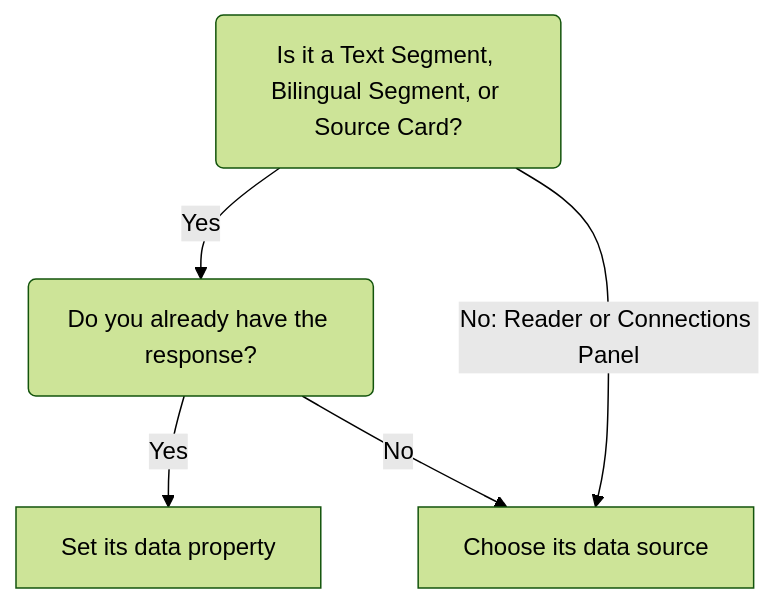
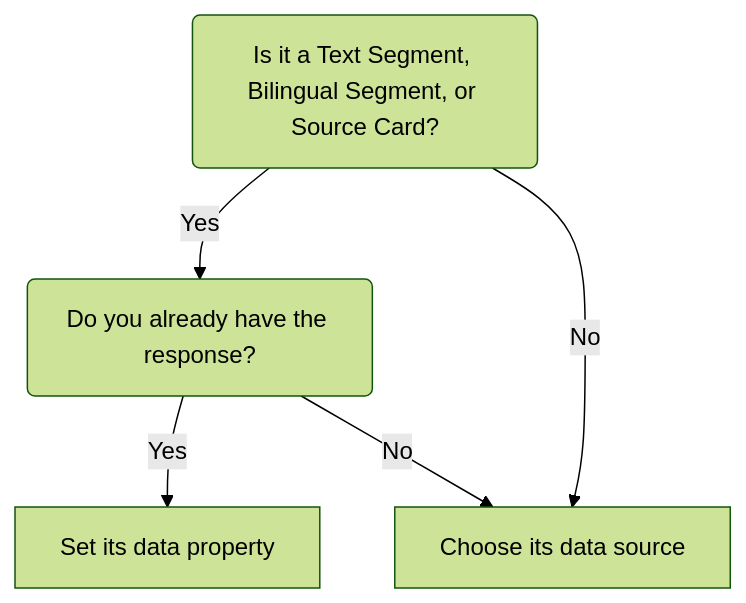
The diagram in docs/data-and-text-tools/give-components-your-own-data.md (Arithmomaniac/sefaria-frontend-toolkit), drawn with Mermaid (forest theme) before and after one commit. The commit also changed 1 other file, not shown here.

Commit message:
docs: B13 chart short edge label
Copilot-Session: dd9849ae-3d3f-4ddd-b5b9-a44408441a1a

````diff
--- a/docs/data-and-text-tools/give-components-your-own-data.md
+++ b/docs/data-and-text-tools/give-components-your-own-data.md
@@ -24,7 +24,7 @@
 ```mermaid
 flowchart TD
   Q1("Is it a Text Segment, Bilingual Segment, or Source Card?") -->|Yes| Q2("Do you already have the response?")
   Q2 -->|Yes| A1["Set its data property"]
   Q2 -->|No| A3["Choose its data source"]
-  Q1 -->|"No: Reader or Connections Panel"| A3
+  Q1 -->|No| A3
 ```
````
